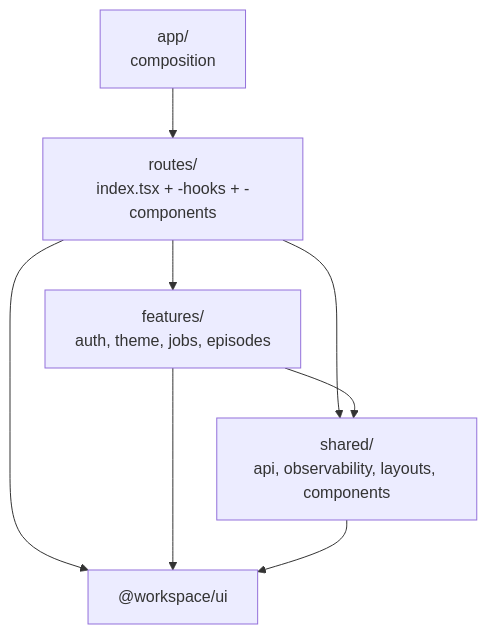
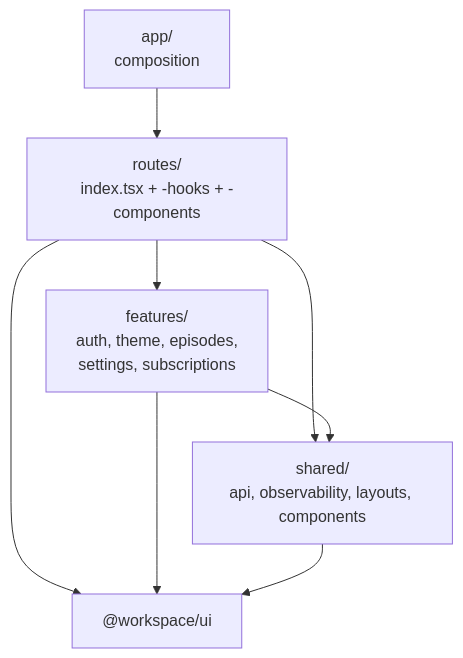
The diagram in docs/adr/0018-frontend-colocation.md (r4ai/news-podcast), drawn with Mermaid before and after one commit. The commit also changed other lines of this file and 83 other files, not shown here.

````diff
--- a/docs/adr/0018-frontend-colocation.md
+++ b/docs/adr/0018-frontend-colocation.md
@@ -43,15 +43,15 @@
 ```mermaid
 graph TD
   app["app/<br/>composition"]
   routes["routes/<br/>index.tsx + -hooks + -components"]
-  features["features/<br/>auth, theme, jobs, episodes"]
+  features["features/<br/>auth, theme, episodes,<br/>settings, subscriptions"]
   shared["shared/<br/>api, observability, layouts, components"]
   ui["@workspace/ui"]
   app --> routes
   routes --> features
   routes --> shared
   features --> shared
   routes --> ui
   features --> ui
   shared --> ui
 ```
````
